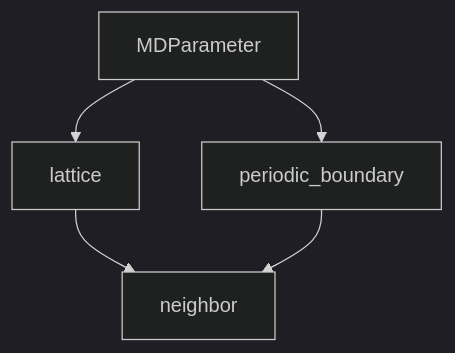
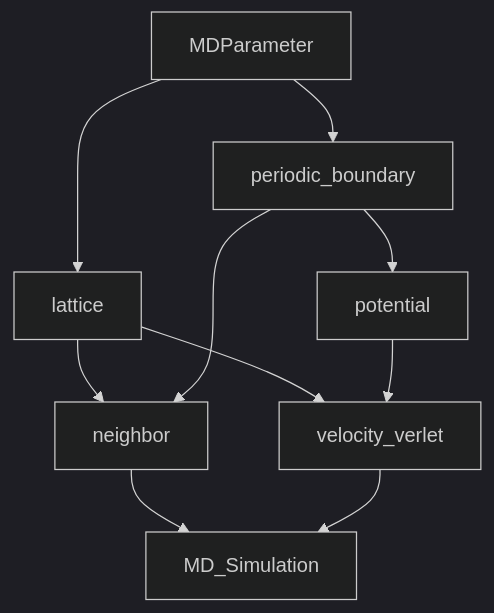
The diagram in README.md (HaoranChen95/Molecular_Dynamic_Simulation), drawn with Mermaid (dark theme) before and after one commit. The commit also changed 7 other files, not shown here.

````diff
--- a/README.md
+++ b/README.md
@@ -5,7 +5,12 @@
 ```mermaid
 graph TD
 A[MDParameter] --> B[lattice]
 A --> C[periodic_boundary]
 B --> D[neighbor]
 C --> D
+C --> E[potential]
+B --> F[velocity_verlet]
+E --> F
+D --> G[MD_Simulation]
+F --> G
 ```
````
